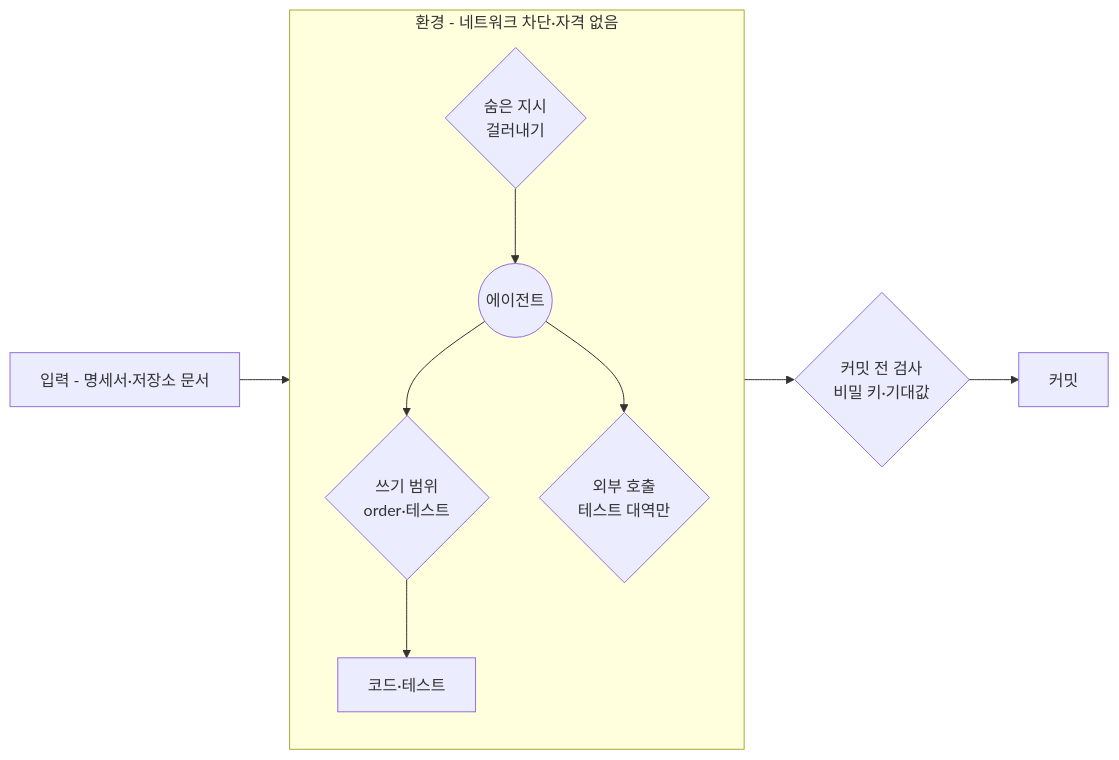
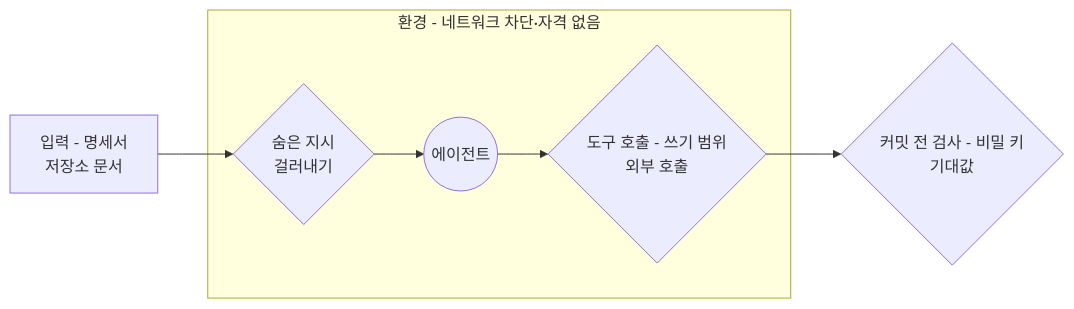
Before and after one commit to YoungSan77/TrainingMaterials: the second of 2 diagrams in courses/ai-native/sessions/s08.md, drawn with Mermaid. The commit also changed other lines of this file and 29 other files, not shown here.

````diff
--- a/courses/ai-native/sessions/s08.md
+++ b/courses/ai-native/sessions/s08.md
@@ -316,13 +316,9 @@
 ```mermaid
 flowchart LR
-    I["입력 - 명세서·저장소 문서"] --> G1{"숨은 지시<br/>걸러내기"}
+    I["입력 - 명세서<br/>저장소 문서"] --> G1{"숨은 지시<br/>걸러내기"}
     subgraph 환경 ["환경 - 네트워크 차단·자격 없음"]
-        direction TB
         G1 --> A(("에이전트"))
-        A --> G2{"쓰기 범위<br/>order·테스트"}
-        G2 --> W["코드·테스트"]
-        A --> G4{"외부 호출<br/>테스트 대역만"}
+        A --> G2{"도구 호출 - 쓰기 범위<br/>외부 호출"}
     end
-    W --> G3{"커밋 전 검사<br/>비밀 키·기대값"}
-    G3 --> C["커밋"]
+    G2 --> G3{"커밋 전 검사 - 비밀 키<br/>기대값"}
 ```
````
